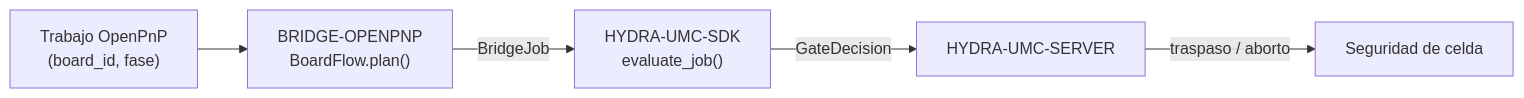
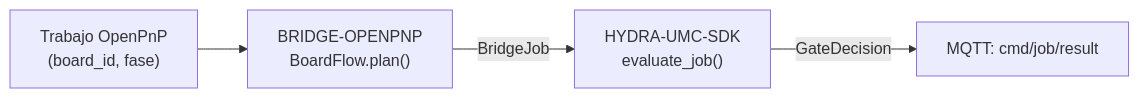
One commit to JuanenRac/HYDRA-UMC-BRIDGE-OPENPNP changed the diagram in README_spa.md. Above: the diagram before and after it, drawn with Mermaid. The commit also changed other lines of this file and 22 other files, not shown here.

````diff
--- a/README_spa.md
+++ b/README_spa.md
@@ -50,7 +51,6 @@
 ```mermaid
 flowchart LR
     JOB["Trabajo OpenPnP<br/>(board_id, fase)"] --> BRIDGE["BRIDGE-OPENPNP<br/>BoardFlow.plan()"]
     BRIDGE -- BridgeJob --> SDK["HYDRA-UMC-SDK<br/>evaluate_job()"]
-    SDK -- GateDecision --> SERVER["HYDRA-UMC-SERVER"]
-    SERVER -- "traspaso / aborto" --> CELL["Seguridad de celda"]
+    SDK -- GateDecision --> RESULT["MQTT: cmd/job/result"]
 ```
````
